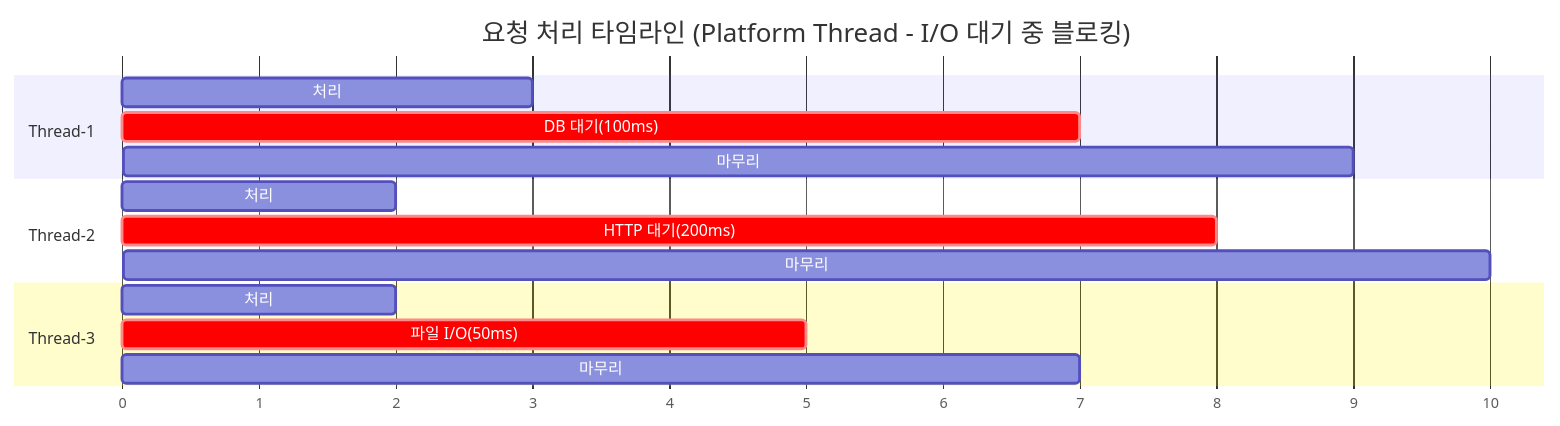
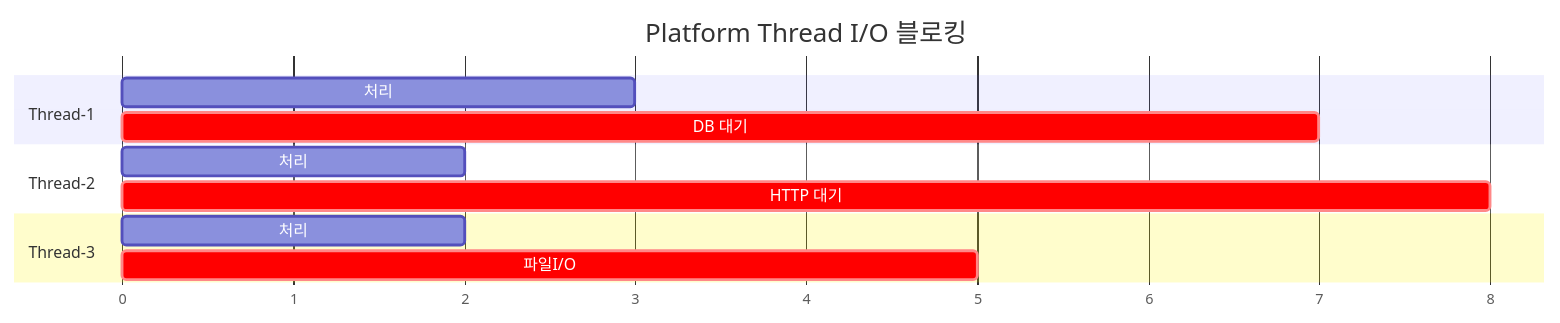
One commit to yjkim2015/yjkim2015.github.io changed the first of 7 diagrams in _posts/java/2026-05-01-java-virtual-thread.md. Above: the diagram before and after it, drawn with Mermaid. The commit also changed other lines of this file and 215 other files, not shown here.

First line of the commit message:
신규 포스트 10개 추가 + Mermaid 전면 축소 + SystemDesign 시리즈 보강

````diff
--- a/_posts/java/2026-05-01-java-virtual-thread.md
+++ b/_posts/java/2026-05-01-java-virtual-thread.md
@@ -42,21 +42,15 @@
 ```mermaid
 gantt
-  title 요청 처리 타임라인 (Platform Thread - I/O 대기 중 블로킹)
+  title Platform Thread I/O 블로킹
   dateFormat X
   axisFormat %s
-
   section Thread-1
-  처리        : 0, 3
-  DB 대기(100ms) : crit, 3, 7
-  마무리      : 7, 9
-
+  처리 : 0, 3
+  DB 대기 : crit, 3, 7
   section Thread-2
-  처리        : 0, 2
-  HTTP 대기(200ms) : crit, 2, 8
-  마무리      : 8, 10
-
+  처리 : 0, 2
+  HTTP 대기 : crit, 2, 8
   section Thread-3
-  처리        : 0, 2
-  파일 I/O(50ms) : crit, 2, 5
-  마무리      : 5, 7
+  처리 : 0, 2
+  파일I/O : crit, 2, 5
 ```
````
